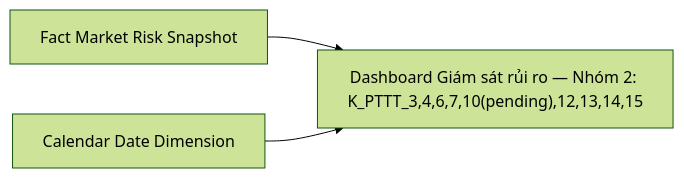
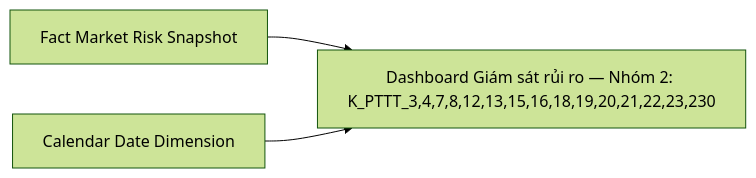
Before and after one commit to linhlvit/ubck_atomic_design: diagram 14 of 51 in Datamart/hld/DTM_PTTT_HLD.md, drawn with Mermaid (forest theme). The commit also changed other lines of this file and 11 other files, not shown here.

````diff
--- a/Datamart/hld/DTM_PTTT_HLD.md
+++ b/Datamart/hld/DTM_PTTT_HLD.md
@@ -593,5 +588,5 @@
 ```mermaid
 flowchart LR
-    fct_mkt_rsk_snpst["Fact Market Risk Snapshot"] --> rpt_nh2_dong_gop["Dashboard Giám sát rủi ro — Nhóm 2: K_PTTT_3,4,6,7,10(pending),12,13,14,15"]
+    fct_mkt_rsk_snpst["Fact Market Risk Snapshot"] --> rpt_nh2_dong_gop["Dashboard Giám sát rủi ro — Nhóm 2: K_PTTT_3,4,7,8,12,13,15,16,18,19,20,21,22,23,230"]
     cdr_dt_dim["Calendar Date Dimension"] --> rpt_nh2_dong_gop
 ```
````
